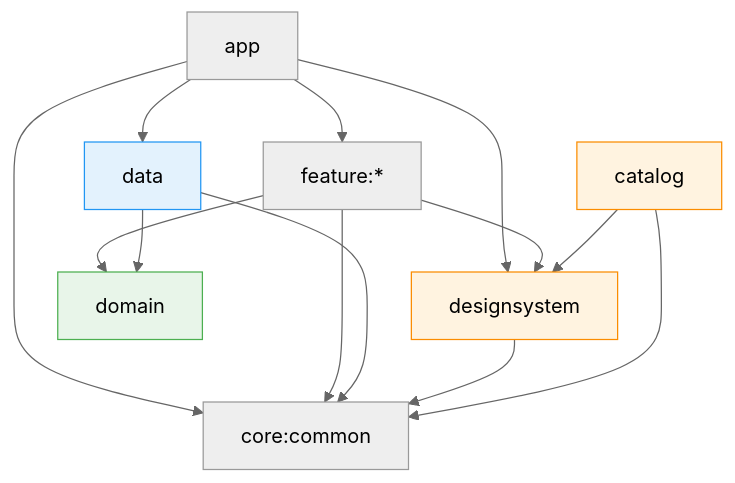
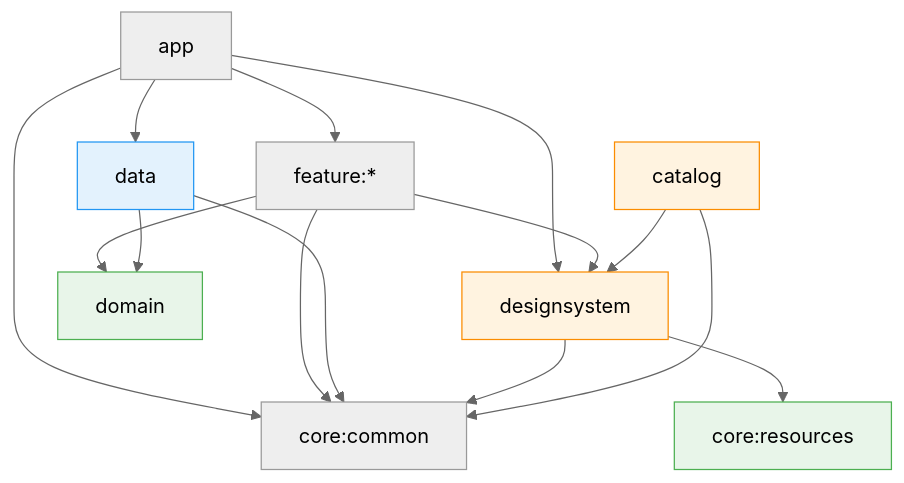
One commit to YAPP-Github/28th-App-Team-1-Android changed the diagram in docs/ARCHITECTURE.md. Above: the diagram before and after it, drawn with Mermaid (neutral theme). The commit also changed other lines of this file and 1 other file, not shown here.

````diff
--- a/docs/ARCHITECTURE.md
+++ b/docs/ARCHITECTURE.md
@@ -259,35 +281,37 @@
 ```mermaid
 flowchart TD
     APP["app"]
     FEAT["feature:*"]
     DS["designsystem"]
     CAT["catalog"]
     DOM["domain"]
     DATA["data"]
     CORE["core:common"]
+    RES["core:resources"]
 
     APP --> FEAT
     APP --> DATA
     APP --> DS
     APP --> CORE
 
     FEAT --> DOM
     FEAT --> DS
     FEAT --> CORE
 
     DATA --> DOM
     DATA --> CORE
 
     DS --> CORE
+    DS --> RES
 
     CAT --> DS
     CAT --> CORE
 
     classDef pure fill:#e8f5e9,stroke:#4caf50
     classDef infra fill:#e3f2fd,stroke:#2196f3
     classDef ui fill:#fff3e0,stroke:#fb8c00
 
-    class DOM pure
+    class DOM,RES pure
     class DATA infra
     class DS,CAT ui
 ```
````
